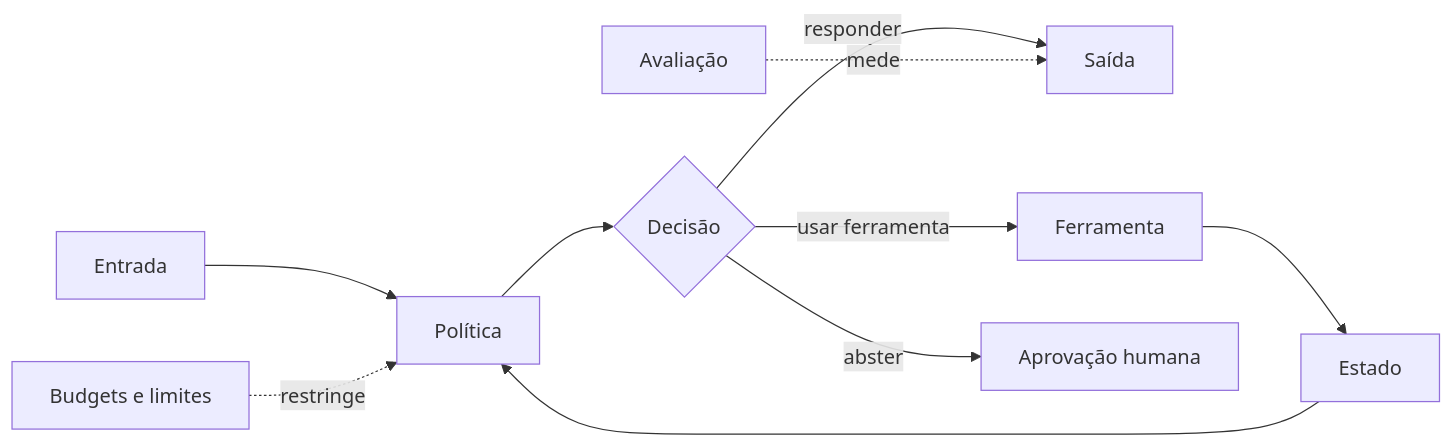
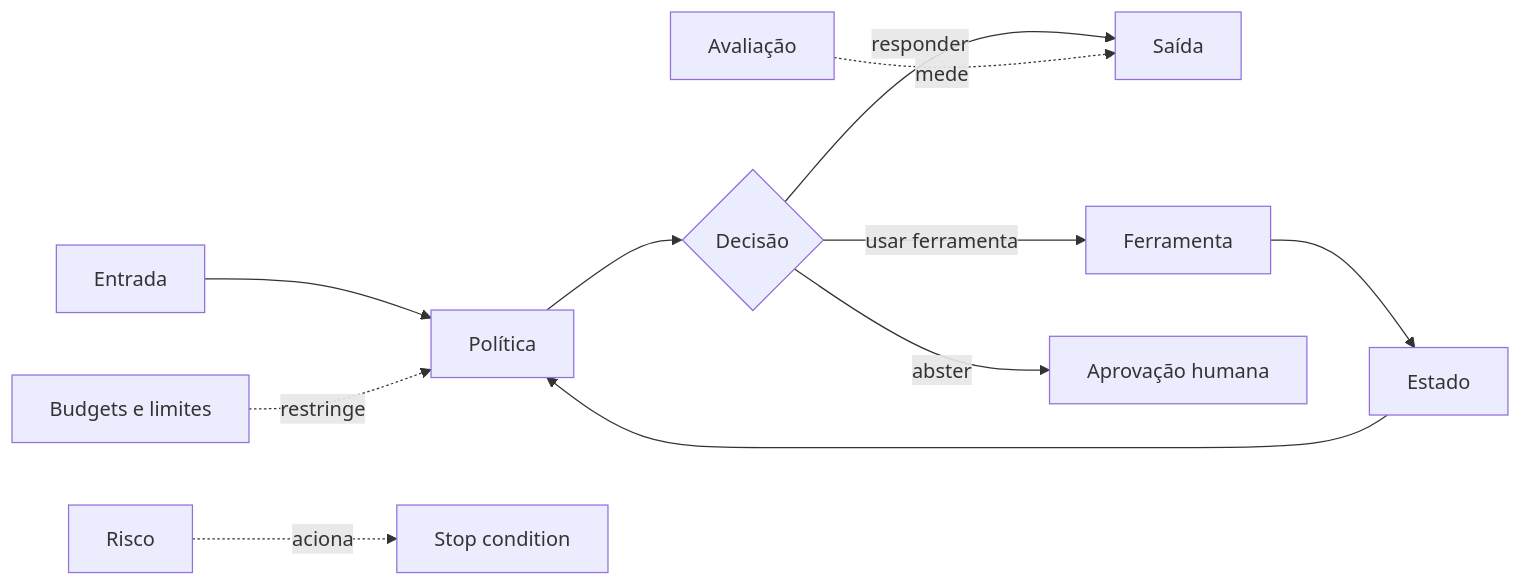
One commit to matheusflorindo32/nexus-agent-engineering-academy changed the diagram in course/modules/01-agent-foundations/README.md. Above: the diagram before and after it, drawn with Mermaid. The commit also changed other lines of this file, not shown here.

````diff
--- a/course/modules/01-agent-foundations/README.md
+++ b/course/modules/01-agent-foundations/README.md
@@ -62,12 +92,13 @@
 ```mermaid
 flowchart LR
     I[Entrada] --> P[Política]
     S[Estado] --> P
     P --> D{Decisão}
     D -->|responder| O[Saída]
     D -->|usar ferramenta| T[Ferramenta]
     T --> S
     D -->|abster| H[Aprovação humana]
     B[Budgets e limites] -. restringe .-> P
     E[Avaliação] -. mede .-> O
+    R[Risco] -. aciona .-> X[Stop condition]
 ```
````
